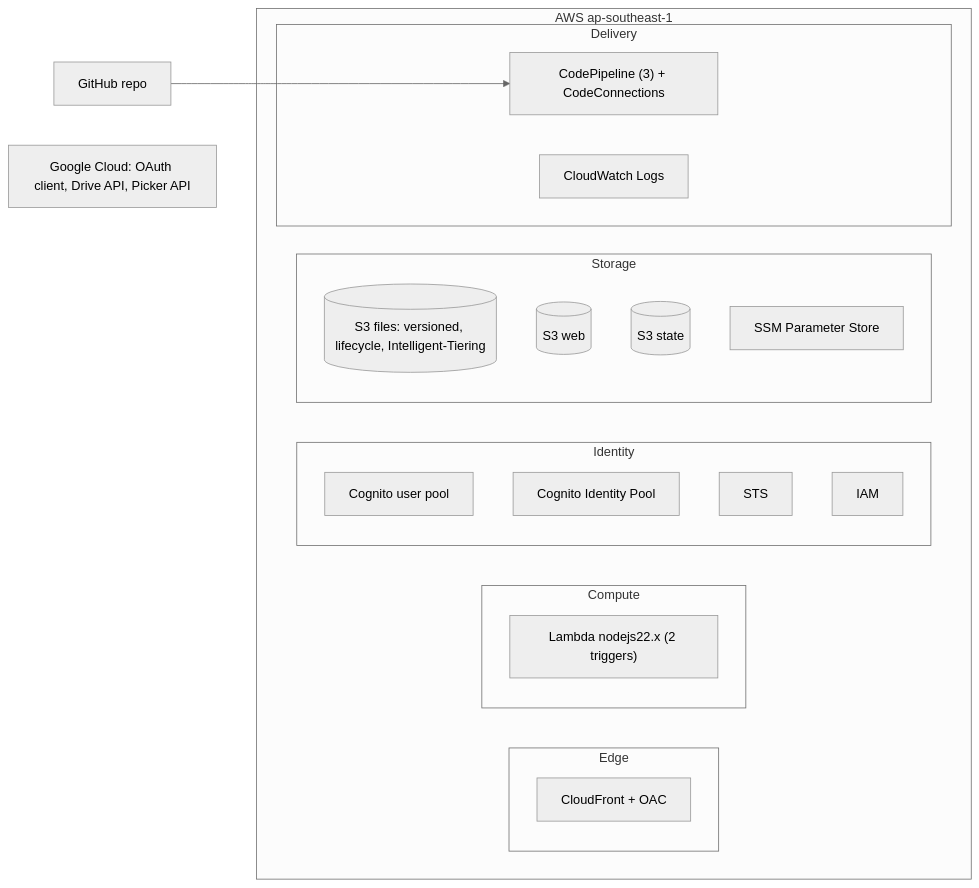
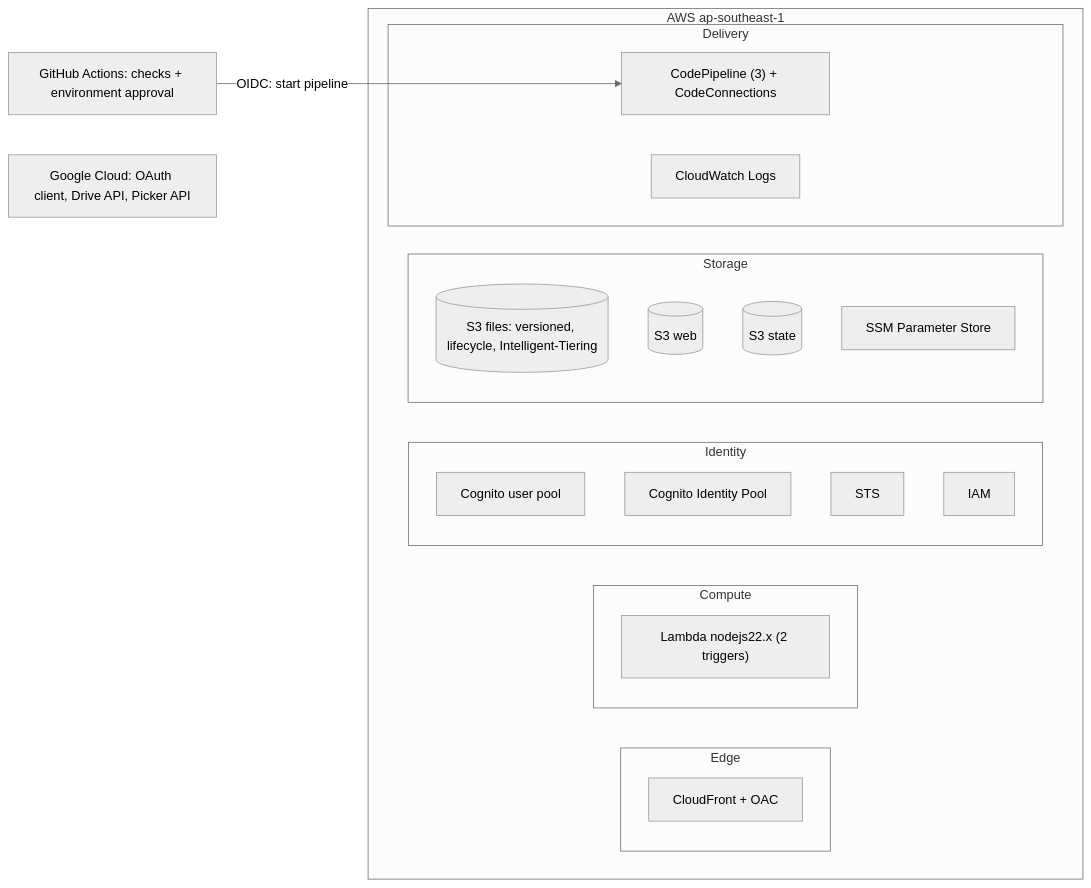
Before and after one commit to hualinh1012/personal-storage: the fourth of 5 diagrams in docs/architecture/architecture-definition.md, drawn with Mermaid (neutral theme). The commit also changed other lines of this file and 16 other files, not shown here.

````diff
--- a/docs/architecture/architecture-definition.md
+++ b/docs/architecture/architecture-definition.md
@@ -191,29 +191,29 @@
 ```mermaid
 flowchart LR
     subgraph AWS["AWS ap-southeast-1"]
         subgraph Edge
             CF["CloudFront + OAC"]
         end
         subgraph Compute
             L["Lambda nodejs22.x (2 triggers)"]
         end
         subgraph IdentitySvc["Identity"]
             CUP["Cognito user pool"]
             CIP["Cognito Identity Pool"]
             STS
             IAM
         end
         subgraph StorageSvc["Storage"]
             S3F[("S3 files: versioned, lifecycle, Intelligent-Tiering")]
             S3W[("S3 web")]
             S3S[("S3 state")]
             SSM["SSM Parameter Store"]
         end
         subgraph Delivery
             CP["CodePipeline (3) + CodeConnections"]
             CW["CloudWatch Logs"]
         end
     end
-    GH["GitHub repo"] --> CP
+    GH["GitHub Actions: checks + environment approval"] -->|"OIDC: start pipeline"| CP
     GC["Google Cloud: OAuth client, Drive API, Picker API"]
 ```
````
